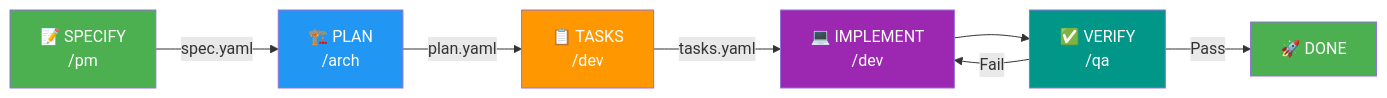
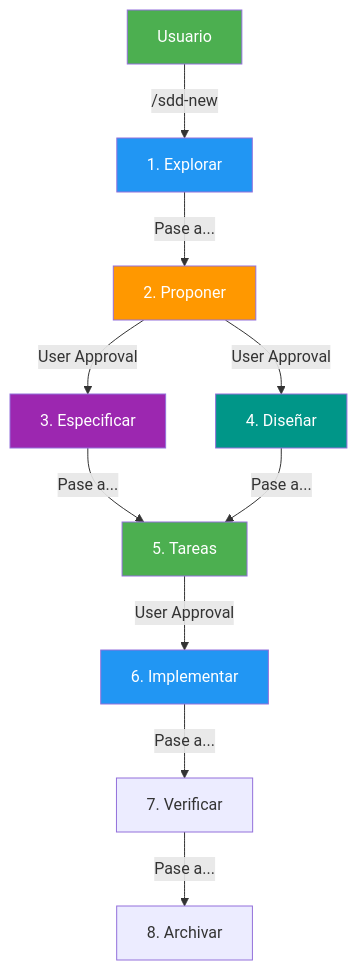
Before and after one commit to QuBiit0/lmagent: the first of 2 diagrams in .agents/workflows/spec-driven.md, drawn with Mermaid. The commit also changed other lines of this file and 46 other files, not shown here.

````diff
--- a/.agents/workflows/spec-driven.md
+++ b/.agents/workflows/spec-driven.md
@@ -52,16 +54,20 @@
 ```mermaid
-graph LR
-    A[📝 SPECIFY<br>/pm] -->|spec.yaml| B[🏗️ PLAN<br>/arch]
-    B -->|plan.yaml| C[📋 TASKS<br>/dev]
-    C -->|tasks.yaml| D[💻 IMPLEMENT<br>/dev]
-    D --> E[✅ VERIFY<br>/qa]
-    E -->|Pass| F[🚀 DONE]
-    E -->|Fail| D
+graph TD
+    User["Usuario"] -->|/sdd-new| Explore["1. Explorar"]
+    Explore -->|Pase a...| Propose["2. Proponer"]
+    Propose -->|User Approval| Spec["3. Especificar"]
+    Propose -->|User Approval| Design["4. Diseñar"]
+    Spec -->|Pase a...| Tasks["5. Tareas"]
+    Design -->|Pase a...| Tasks
+    Tasks -->|User Approval| Apply["6. Implementar"]
+    Apply -->|Pase a...| Verify["7. Verificar"]
+    Verify -->|Pase a...| Archive["8. Archivar"]
     
-    style A fill:#4CAF50,color:white
-    style B fill:#2196F3,color:white
-    style C fill:#FF9800,color:white
-    style D fill:#9C27B0,color:white
-    style E fill:#009688,color:white
-    style F fill:#4CAF50,color:white
+    style User fill:#4CAF50,color:white
+    style Explore fill:#2196F3,color:white
+    style Propose fill:#FF9800,color:white
+    style Spec fill:#9C27B0,color:white
+    style Design fill:#009688,color:white
+    style Tasks fill:#4CAF50,color:white
+    style Apply fill:#2196F3,color:white
 ```
````
